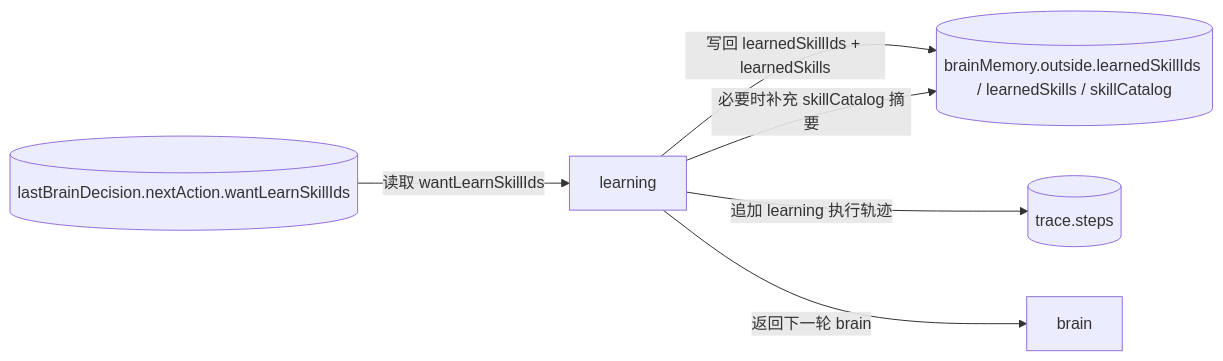
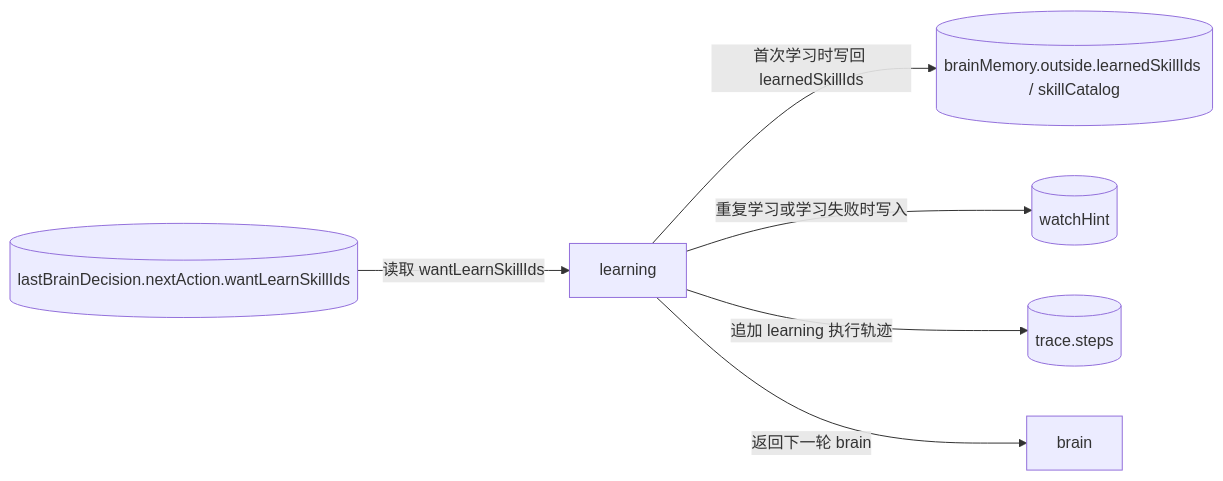
The fourth of 6 diagrams in doc/ai-design/data-definition-and-flow.md (Yoan98/Ncurator), drawn with Mermaid before and after one commit. The commit also changed other lines of this file and 6 other files, not shown here.

````diff
--- a/doc/ai-design/data-definition-and-flow.md
+++ b/doc/ai-design/data-definition-and-flow.md
@@ -410,14 +384,15 @@
 ```mermaid
 flowchart LR
     LBD[("lastBrainDecision.nextAction.wantLearnSkillIds")]
     L["learning"]
-    BM[("brainMemory.outside.learnedSkillIds / learnedSkills / skillCatalog")]
+    BM[("brainMemory.outside.learnedSkillIds / skillCatalog")]
+    WH[("watchHint")]
     TR[("trace.steps")]
     B["brain"]
 
     LBD -->|读取 wantLearnSkillIds| L
-    L -->|写回 learnedSkillIds + learnedSkills| BM
-    L -->|必要时补充 skillCatalog 摘要| BM
+    L -->|首次学习时写回 learnedSkillIds| BM
+    L -->|重复学习或学习失败时写入| WH
     L -->|追加 learning 执行轨迹| TR
     L -->|返回下一轮 brain| B
 ```
````
